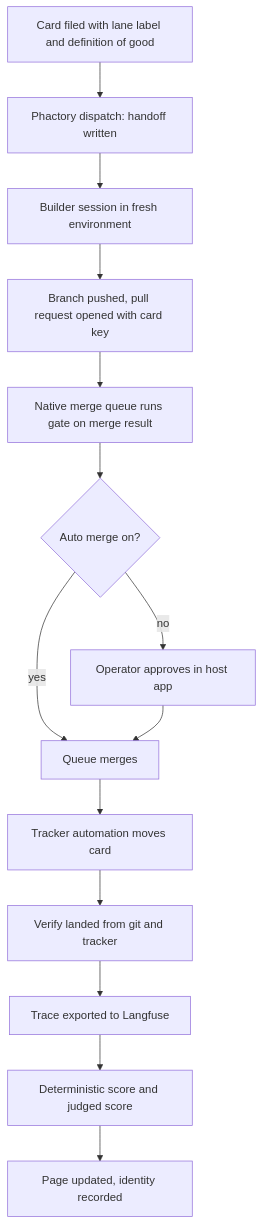
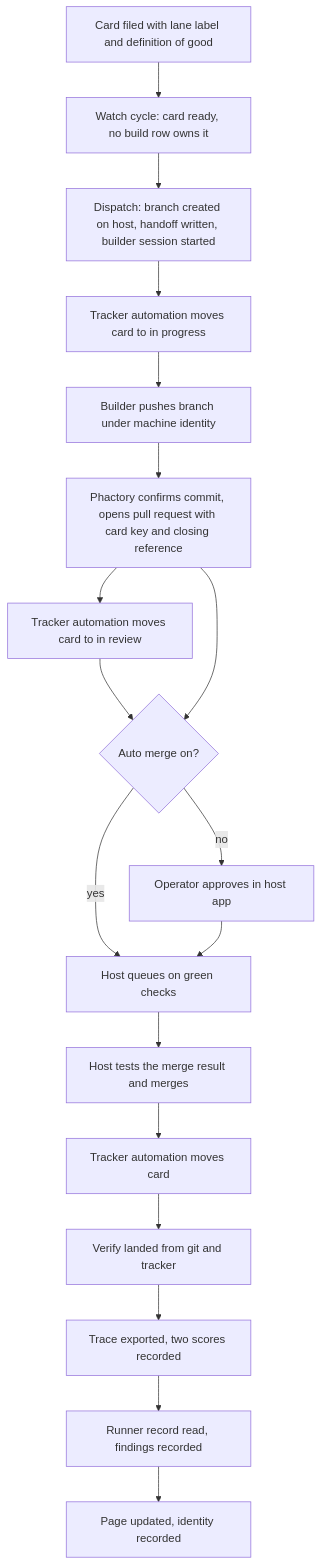
Before and after one commit to philgutowski/Phactory: the first of 6 diagrams in docs/plans/2026-10-14-1730-feat-phactory-first-version-plan.md, drawn with Mermaid. The commit also changed other lines of this file and 11 other files, not shown here.

First line of the commit message:
Deepen and review the first version plan; add board status, the runner, and the build process

````diff
--- a/docs/plans/2026-10-14-1730-feat-phactory-first-version-plan.md
+++ b/docs/plans/2026-10-14-1730-feat-phactory-first-version-plan.md
@@ -120,15 +145,20 @@
 ```mermaid
 flowchart TB
-  A[Card filed with lane label and definition of good] --> B[Phactory dispatch: handoff written]
-  B --> C[Builder session in fresh environment]
-  C --> D[Branch pushed, pull request opened with card key]
-  D --> E[Native merge queue runs gate on merge result]
+  A[Card filed with lane label and definition of good] --> B[Watch cycle: card ready, no build row owns it]
+  B --> C[Dispatch: branch created on host, handoff written, builder session started]
+  C --> C2[Tracker automation moves card to in progress]
+  C2 --> D[Builder pushes branch under machine identity]
+  D --> E[Phactory confirms commit, opens pull request with card key and closing reference]
+  E --> E2[Tracker automation moves card to in review]
+  E2 --> F
   E --> F{Auto merge on?}
-  F -->|yes| G[Queue merges]
-  F -->|no| H[Operator approves in host app] --> G
-  G --> I[Tracker automation moves card]
-  I --> J[Verify landed from git and tracker]
-  J --> K[Trace exported to Langfuse]
-  K --> L[Deterministic score and judged score]
-  L --> M[Page updated, identity recorded]
+  F -->|no| G[Operator approves in host app]
+  F -->|yes| H[Host queues on green checks]
+  G --> H
+  H --> I[Host tests the merge result and merges]
+  I --> J[Tracker automation moves card]
+  J --> K[Verify landed from git and tracker]
+  K --> L[Trace exported, two scores recorded]
+  L --> M[Runner record read, findings recorded]
+  M --> N[Page updated, identity recorded]
 ```
````
